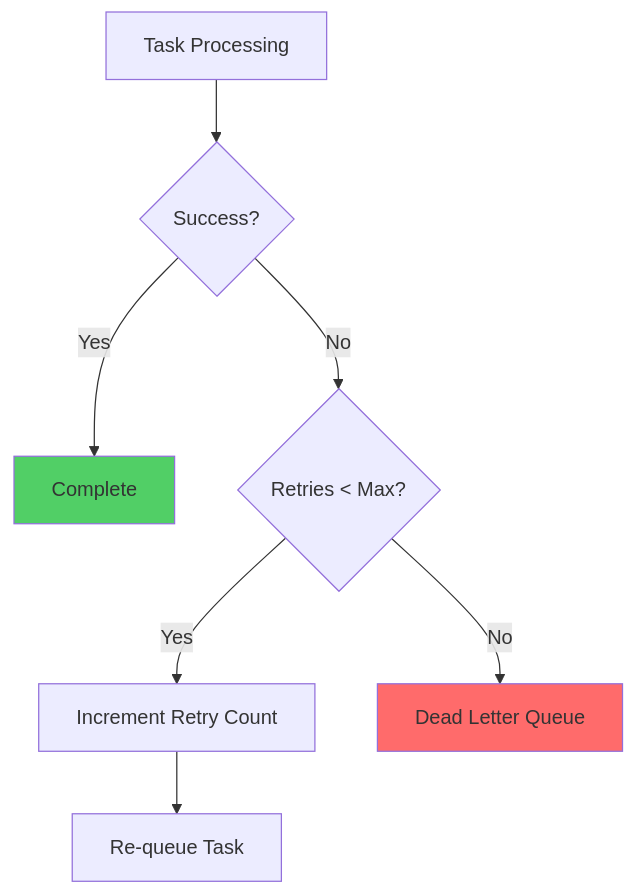
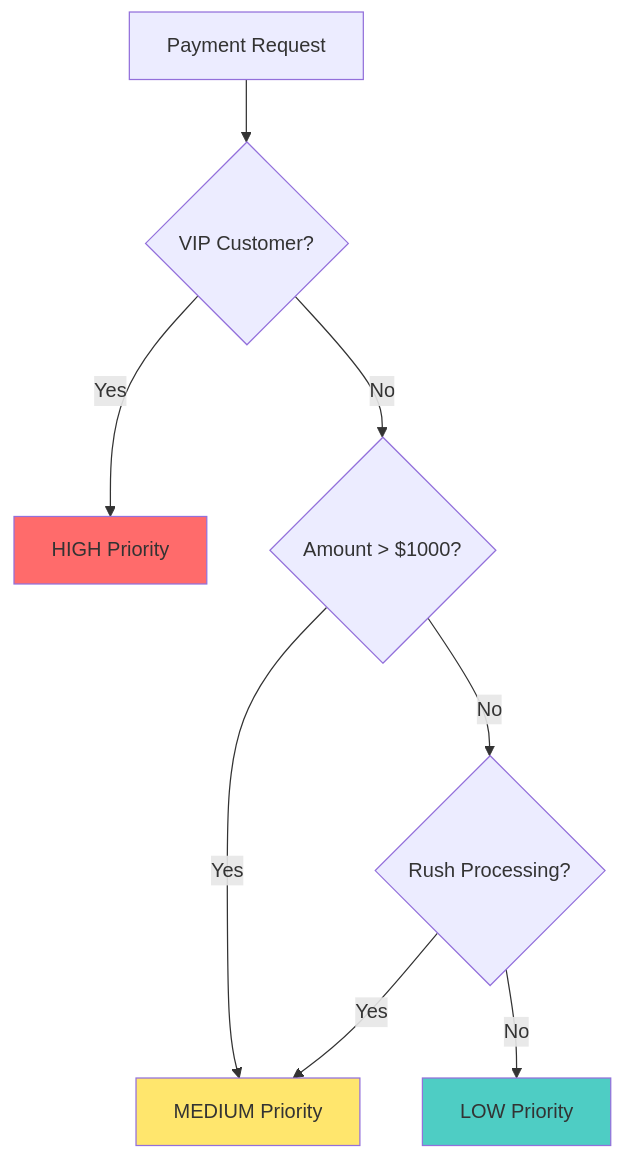
Before and after one commit to mythxn/dojo.py: the second of 2 diagrams in payment_queue.md, drawn with Mermaid. The commit also changed other lines of this file and 15 other files, not shown here.

First line of the commit message:
Complete payment interview preparation with comprehensive guides

````diff
--- a/payment_queue.md
+++ b/payment_queue.md
@@ -184,12 +56,14 @@
 ```mermaid
 flowchart TD
-    T[Task Processing] --> S{Success?}
-    S -->|Yes| C[Complete]
-    S -->|No| R{Retries < Max?}
-    R -->|Yes| RT[Increment Retry Count]
-    RT --> RQ[Re-queue Task]
-    R -->|No| DLQ[Dead Letter Queue]
+    A[Payment Request] --> B{VIP Customer?}
+    B -->|Yes| C[HIGH Priority]
+    B -->|No| D{Amount > $1000?}
+    D -->|Yes| E[MEDIUM Priority]
+    D -->|No| F{Rush Processing?}
+    F -->|Yes| E
+    F -->|No| G[LOW Priority]
     
-    style DLQ fill:#ff6b6b
-    style C fill:#51cf66
+    style C fill:#FF6B6B
+    style E fill:#FFE66D
+    style G fill:#4ECDC4
 ```
````
